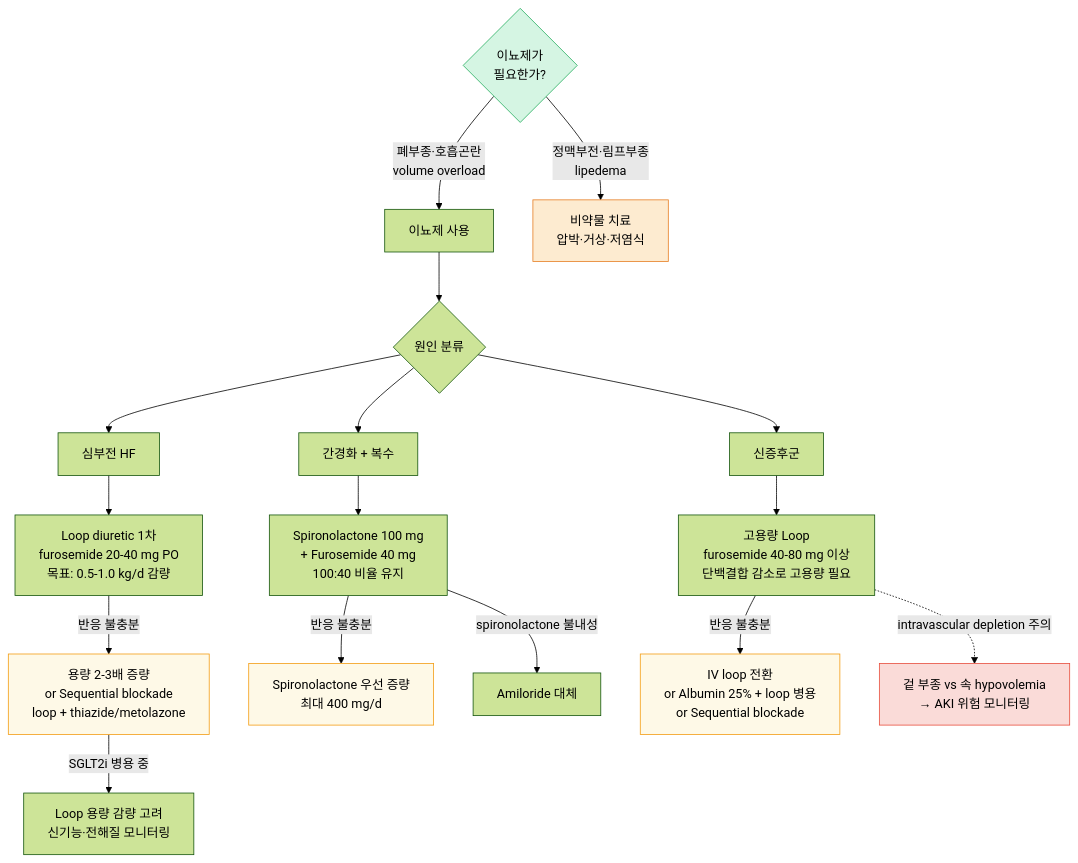
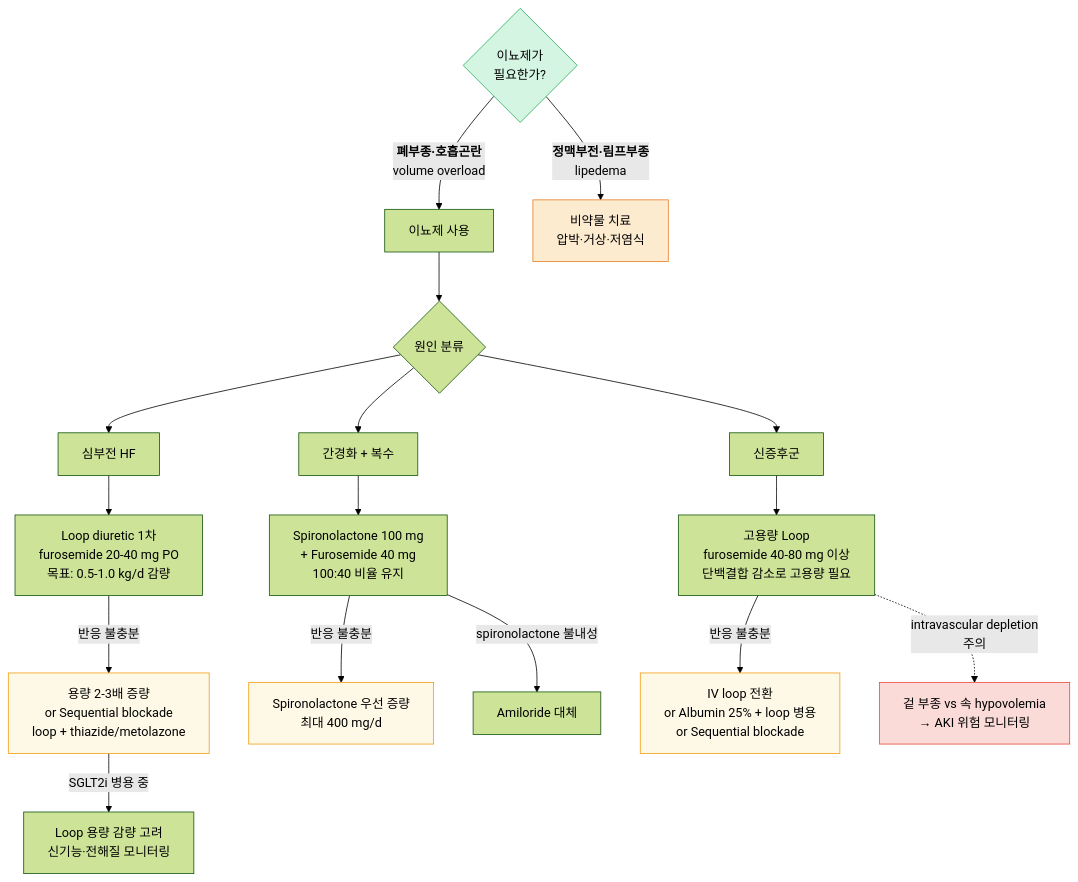
Before and after one commit to familyoh77/familyoh77: the fourth of 4 diagrams in 220_/012_-edema.md, drawn with Mermaid (forest theme). The commit also changed other lines of this file, not shown here.

Commit message:
GITBOOK-759: No subject

````diff
--- a/220_/012_-edema.md
+++ b/220_/012_-edema.md
@@ -282,30 +282,30 @@
 ```mermaid
 graph TD
-    A{"이뇨제가\n필요한가?"}
-    A -- "폐부종·호흡곤란\nvolume overload" --> B["이뇨제 사용"]
-    A -- "정맥부전·림프부종\nlipedema" --> Z["비약물 치료\n압박·거상·저염식"]
+    A{"이뇨제가<br/>필요한가?"}
+    A -- "<b>폐부종·호흡곤란</b><br/>volume overload" --> B["이뇨제 사용"]
+    A -- "<b>정맥부전·림프부종</b><br/>lipedema" --> Z["비약물 치료<br/>압박·거상·저염식"]
 
     B --> C{"원인 분류"}
     C --> HF["심부전 HF"]
     C --> CI["간경화 + 복수"]
     C --> NS["신증후군"]
 
-    HF --> HF1["Loop diuretic 1차\nfurosemide 20-40 mg PO\n목표: 0.5-1.0 kg/d 감량"]
-    HF1 -- "반응 불충분" --> HF2["용량 2-3배 증량\nor Sequential blockade\nloop + thiazide/metolazone"]
-    HF2 -- "SGLT2i 병용 중" --> HF3["Loop 용량 감량 고려\n신기능·전해질 모니터링"]
+    HF --> HF1["Loop diuretic 1차<br/>furosemide 20-40 mg PO<br/>목표: 0.5-1.0 kg/d 감량"]
+    HF1 -- "반응 불충분" --> HF2["용량 2-3배 증량<br/>or Sequential blockade<br/>loop + thiazide/metolazone"]
+    HF2 -- "SGLT2i 병용 중" --> HF3["Loop 용량 감량 고려<br/>신기능·전해질 모니터링"]
 
-    CI --> CI1["Spironolactone 100 mg\n+ Furosemide 40 mg\n100:40 비율 유지"]
-    CI1 -- "반응 불충분" --> CI2["Spironolactone 우선 증량\n최대 400 mg/d"]
+    CI --> CI1["Spironolactone 100 mg<br/>+ Furosemide 40 mg<br/>100:40 비율 유지"]
+    CI1 -- "반응 불충분" --> CI2["Spironolactone 우선 증량<br/>최대 400 mg/d"]
     CI1 -- "spironolactone 불내성" --> CI3["Amiloride 대체"]
 
-    NS --> NS1["고용량 Loop\nfurosemide 40-80 mg 이상\n단백결합 감소로 고용량 필요"]
-    NS1 -- "반응 불충분" --> NS2["IV loop 전환\nor Albumin 25% + loop 병용\nor Sequential blockade"]
-    NS1 -. "intravascular depletion 주의" .-> NS_w["겉 부종 vs 속 hypovolemia\n→ AKI 위험 모니터링"]
+    NS --> NS1["고용량 Loop<br/>furosemide 40-80 mg 이상<br/>단백결합 감소로 고용량 필요"]
+    NS1 -- "반응 불충분" --> NS2["IV loop 전환<br/>or Albumin 25% + loop 병용<br/>or Sequential blockade"]
+    NS1 -. "intravascular depletion <br/>주의" .-> NS_w["겉 부종 vs 속 hypovolemia<br/>→ AKI 위험 모니터링"]
 
     style A fill:#d5f5e3,stroke:#27ae60
     style Z fill:#fdebd0,stroke:#e67e22
     style HF2 fill:#fef9e7,stroke:#f39c12
     style CI2 fill:#fef9e7,stroke:#f39c12
     style NS2 fill:#fef9e7,stroke:#f39c12
     style NS_w fill:#fadbd8,stroke:#e74c3c
 ```
````
